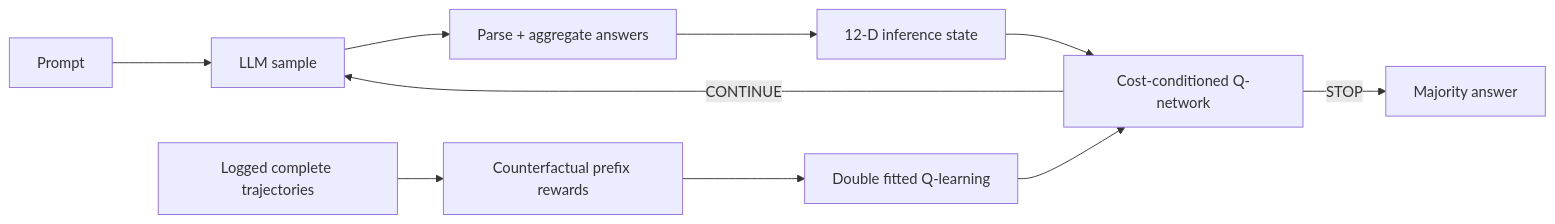
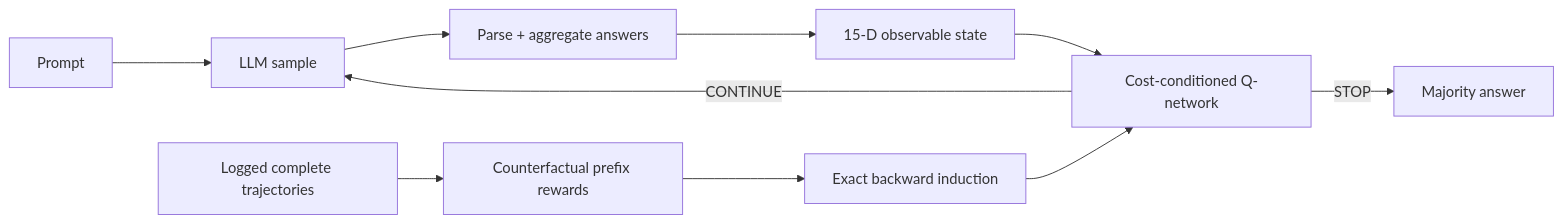
One commit to mottopanikeiku/branchpilot changed the diagram in README.md. Above: the diagram before and after it, drawn with Mermaid. The commit also changed other lines of this file and 16 other files, not shown here.

````diff
--- a/README.md
+++ b/README.md
@@ -37,13 +37,13 @@
 ```mermaid
 flowchart LR
     P[Prompt] --> M[LLM sample]
     M --> A[Parse + aggregate answers]
-    A --> S[12-D inference state]
+    A --> S[15-D observable state]
     S --> Q[Cost-conditioned Q-network]
     Q -->|CONTINUE| M
     Q -->|STOP| O[Majority answer]
 
     T[Logged complete trajectories] --> R[Counterfactual prefix rewards]
-    R --> D[Double fitted Q-learning]
+    R --> D[Exact backward induction]
     D --> Q
 ```
````
